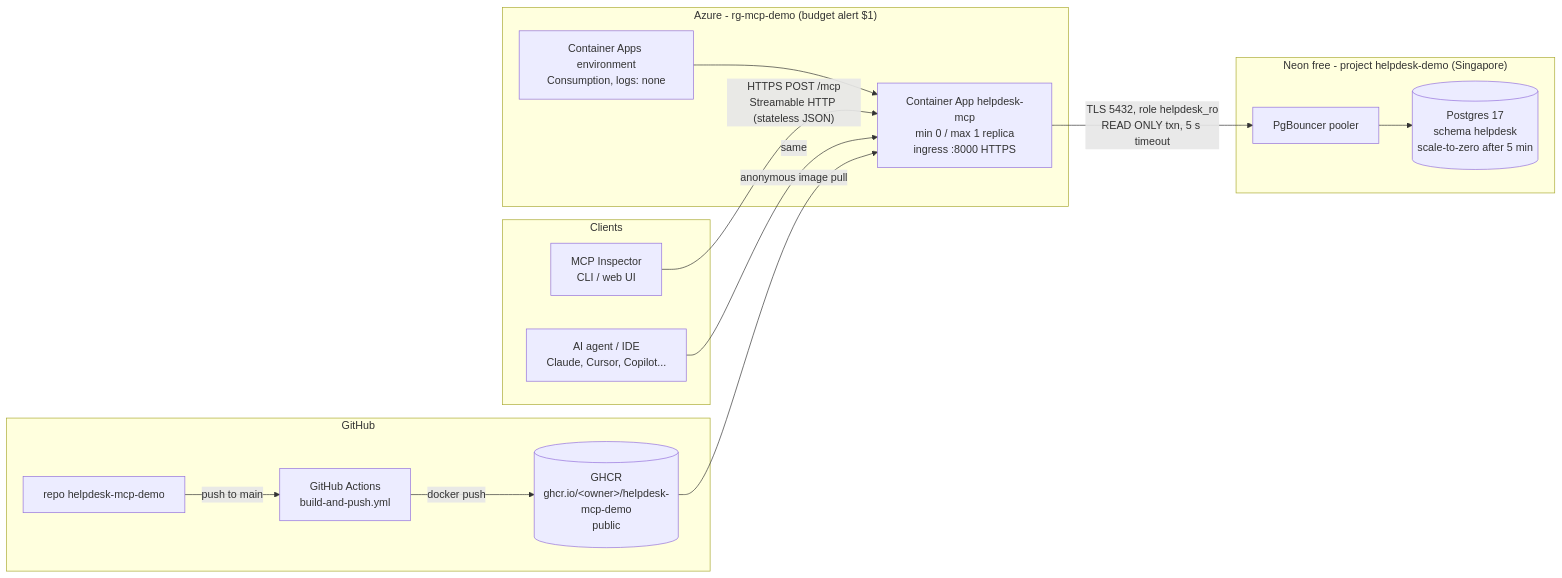
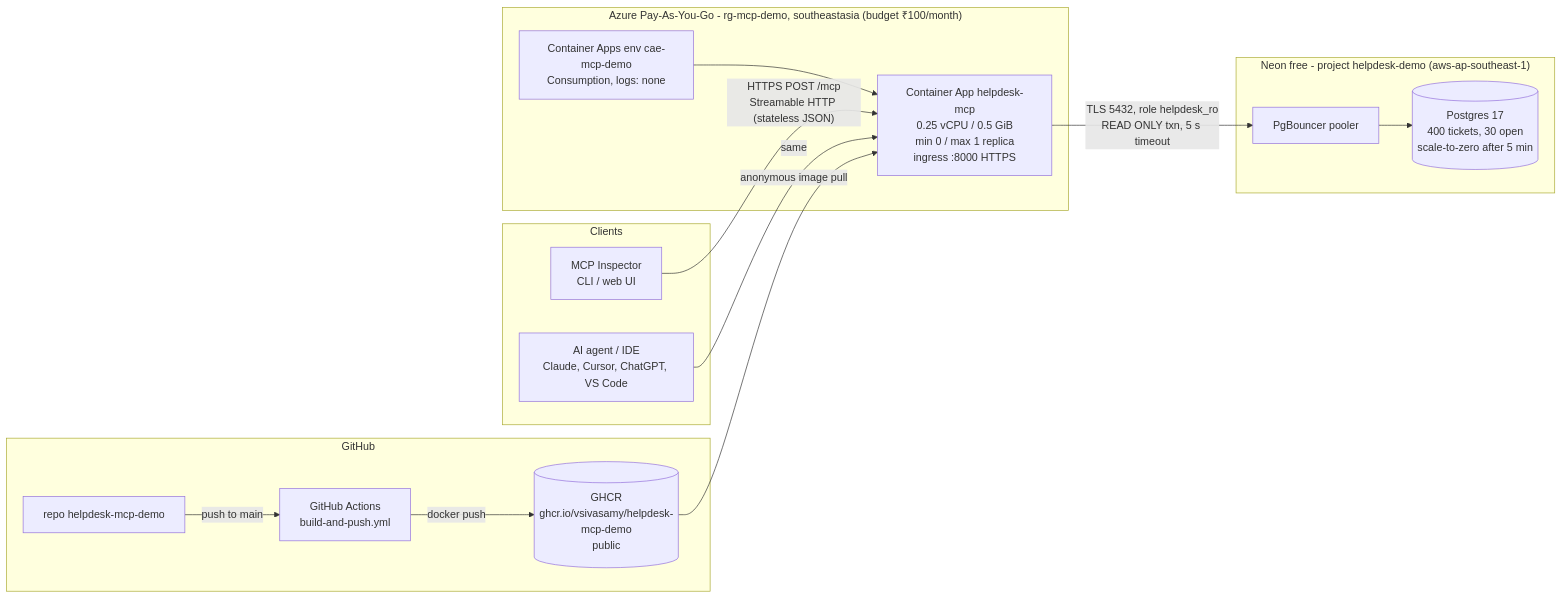
The diagram in docs/ARCHITECTURE.md (vsivasamy/helpdesk-mcp-demo), drawn with Mermaid before and after one commit. The commit also changed other lines of this file and 5 other files, not shown here.

````diff
--- a/docs/ARCHITECTURE.md
+++ b/docs/ARCHITECTURE.md
@@ -3,21 +5,21 @@
 ```mermaid
 flowchart LR
   subgraph Clients
     I[MCP Inspector<br/>CLI / web UI]
-    A[AI agent / IDE<br/>Claude, Cursor, Copilot...]
+    A[AI agent / IDE<br/>Claude, Cursor, ChatGPT, VS Code]
   end
   subgraph GitHub
     R[repo helpdesk-mcp-demo] -- push to main --> GA[GitHub Actions<br/>build-and-push.yml]
-    GA -- docker push --> G[(GHCR<br/>ghcr.io/&lt;owner&gt;/helpdesk-mcp-demo<br/>public)]
+    GA -- docker push --> G[(GHCR<br/>ghcr.io/vsivasamy/helpdesk-mcp-demo<br/>public)]
   end
-  subgraph Azure["Azure - rg-mcp-demo (budget alert $1)"]
-    ENV[Container Apps environment<br/>Consumption, logs: none] --> CA["Container App helpdesk-mcp<br/>min 0 / max 1 replica<br/>ingress :8000 HTTPS"]
+  subgraph Azure["Azure Pay-As-You-Go - rg-mcp-demo, southeastasia (budget ₹100/month)"]
+    ENV[Container Apps env cae-mcp-demo<br/>Consumption, logs: none] --> CA["Container App helpdesk-mcp<br/>0.25 vCPU / 0.5 GiB<br/>min 0 / max 1 replica<br/>ingress :8000 HTTPS"]
   end
-  subgraph Neon["Neon free - project helpdesk-demo (Singapore)"]
-    PB[PgBouncer pooler] --> PG[(Postgres 17<br/>schema helpdesk<br/>scale-to-zero after 5 min)]
+  subgraph Neon["Neon free - project helpdesk-demo (aws-ap-southeast-1)"]
+    PB[PgBouncer pooler] --> PG[(Postgres 17<br/>400 tickets, 30 open<br/>scale-to-zero after 5 min)]
   end
   I -- "HTTPS POST /mcp<br/>Streamable HTTP (stateless JSON)" --> CA
   A -- same --> CA
   G -- anonymous image pull --> CA
   CA -- "TLS 5432, role helpdesk_ro<br/>READ ONLY txn, 5 s timeout" --> PB
 ```
````
